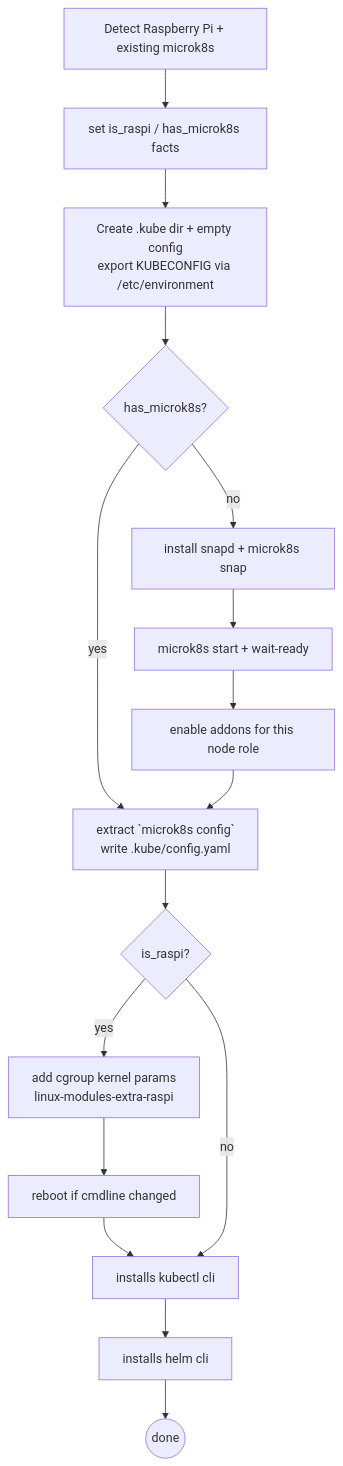
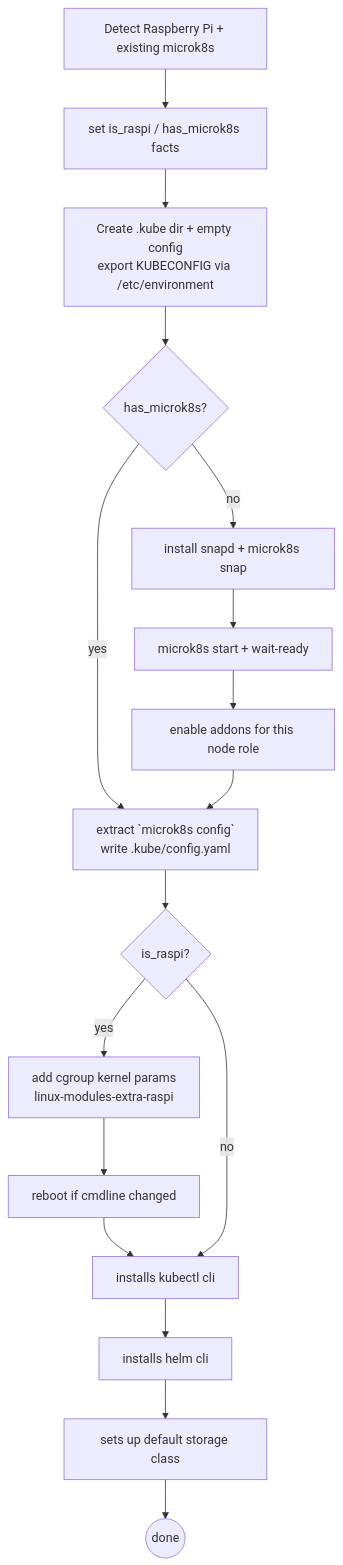
Before and after one commit to this-oliver/homelab: the diagram in ansible/roles/k8s_core/README.md, drawn with Mermaid. The commit also changed other lines of this file and 4 other files, not shown here.

````diff
--- a/ansible/roles/k8s_core/README.md
+++ b/ansible/roles/k8s_core/README.md
@@ -23,18 +23,19 @@
 ```mermaid
 flowchart TD
     probe[Detect Raspberry Pi + existing microk8s] --> facts[set is_raspi / has_microk8s facts]
     facts --> kubeconfig[Create .kube dir + empty config<br/>export KUBECONFIG via /etc/environment]
     kubeconfig --> exists{has_microk8s?}
     exists -- yes --> config[extract `microk8s config`<br/>write .kube/config.yaml]
     exists -- no --> install[install snapd + microk8s snap]
     install --> start[microk8s start + wait-ready]
     start --> addons[enable addons for this node role]
     addons --> config
     config --> raspi{is_raspi?}
     raspi -- yes --> cgroup[add cgroup kernel params<br/>linux-modules-extra-raspi]
     cgroup --> reboot[reboot if cmdline changed]
     reboot --> kubectl[installs kubectl cli]
     raspi -- no --> kubectl
     kubectl --> helm[installs helm cli]
-    helm --> done((done))
+    helm --> storage[sets up default storage class]
+    storage --> done((done))
 ```
````
